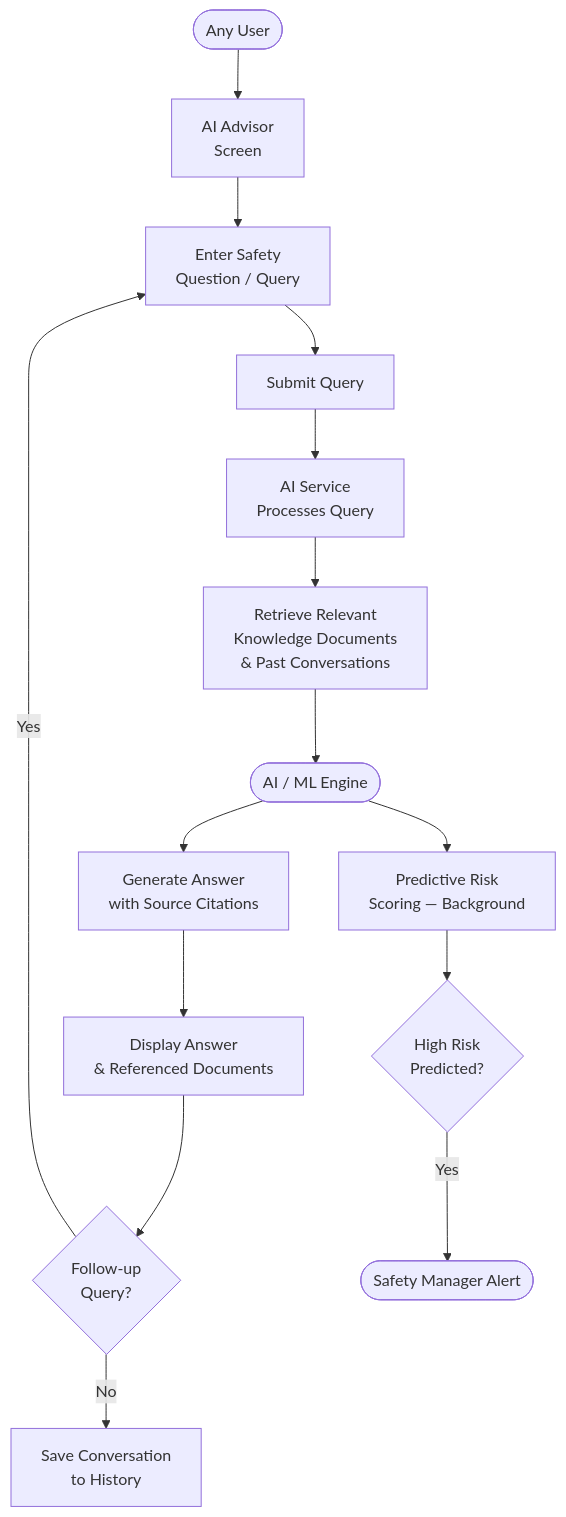
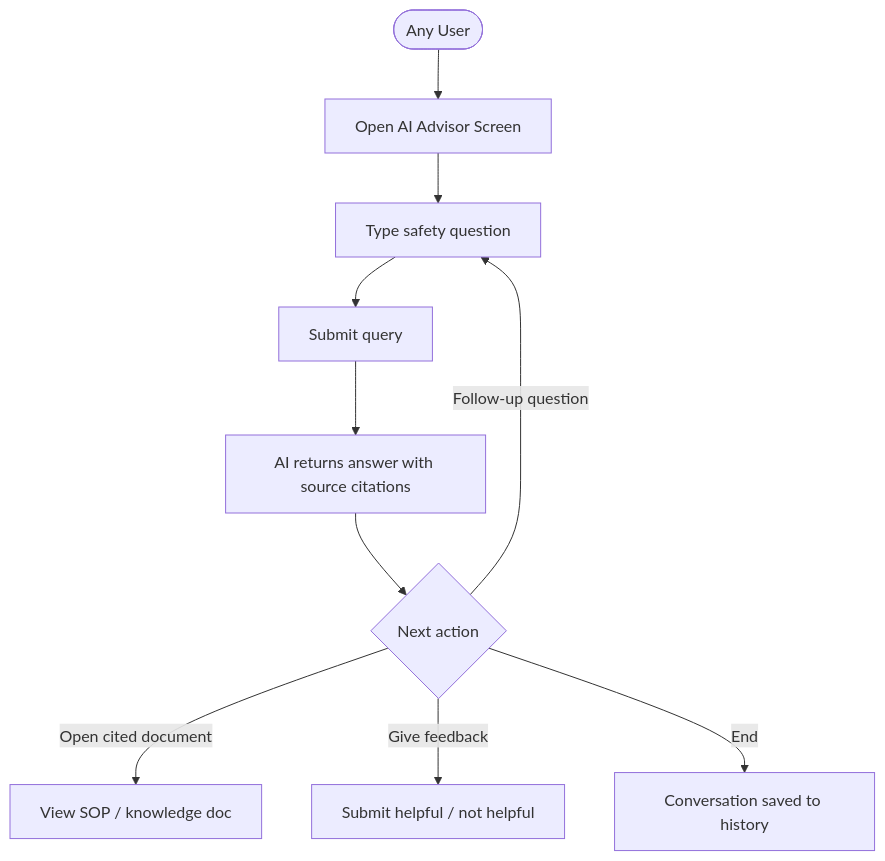
One commit to Nandan222001/health_smart_engage changed the eighth of 10 diagrams in docs/diagrams/user_flow_diagram.md. Above: the diagram before and after it, drawn with Mermaid. The commit also changed other lines of this file and 15 other files, not shown here.

First line of the commit message:
fix: repair Mermaid rendering errors across all diagram files

````diff
--- a/docs/diagrams/user_flow_diagram.md
+++ b/docs/diagrams/user_flow_diagram.md
@@ -242,21 +195,12 @@
 ```mermaid
 flowchart TD
-    USER([Any User]) --> AI_SCREEN[AI Advisor\nScreen]
-    AI_SCREEN --> QUERY[Enter Safety\nQuestion / Query]
-    QUERY --> SUBMIT_AI[Submit Query]
-
-    SUBMIT_AI --> AI_PROC[AI Service\nProcesses Query]
-    AI_PROC --> CONTEXT[Retrieve Relevant\nKnowledge Documents\n& Past Conversations]
-    CONTEXT --> AI_ENGINE([AI / ML Engine])
-    AI_ENGINE --> ANSWER[Generate Answer\nwith Source Citations]
-
-    ANSWER --> DISPLAY[Display Answer\n& Referenced Documents]
-    DISPLAY --> FOLLOW_UP{Follow-up\nQuery?}
-    FOLLOW_UP -->|Yes| QUERY
-    FOLLOW_UP -->|No| SAVE[Save Conversation\nto History]
-
-    RISK_SCORE[Predictive Risk\nScoring — Background]
-    AI_ENGINE --> RISK_SCORE
-    RISK_SCORE --> RISK_ALERT{High Risk\nPredicted?}
-    RISK_ALERT -->|Yes| SM([Safety Manager Alert])
+    USER([Any User]) --> AI[Open AI Advisor Screen]
+    AI --> QUERY[Type safety question]
+    QUERY --> SUBMIT_AI[Submit query]
+    SUBMIT_AI --> ANSWER_AI[AI returns answer with source citations]
+    ANSWER_AI --> ACTION{Next action}
+    ACTION -->|Follow-up question| QUERY
+    ACTION -->|Open cited document| VIEW_DOC[View SOP / knowledge doc]
+    ACTION -->|Give feedback| FEEDBACK[Submit helpful / not helpful]
+    ACTION -->|End| SAVE[Conversation saved to history]
 ```
````
